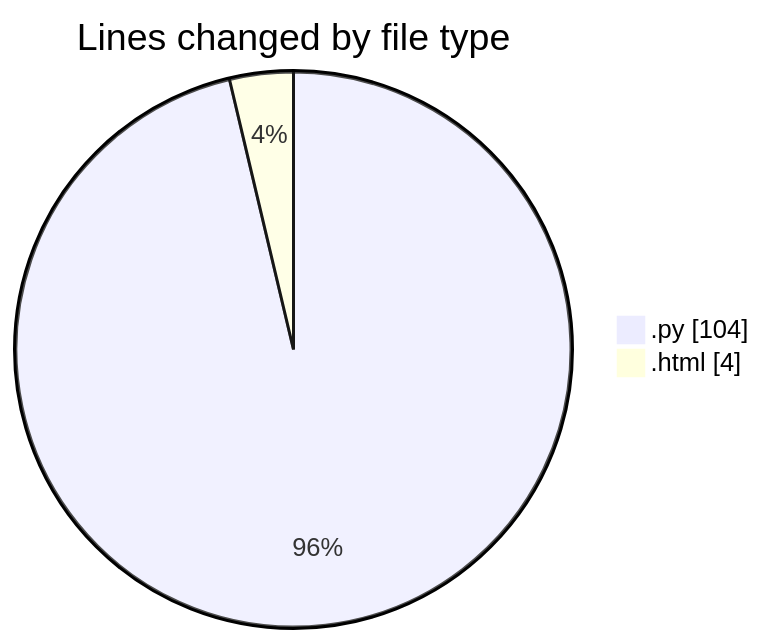
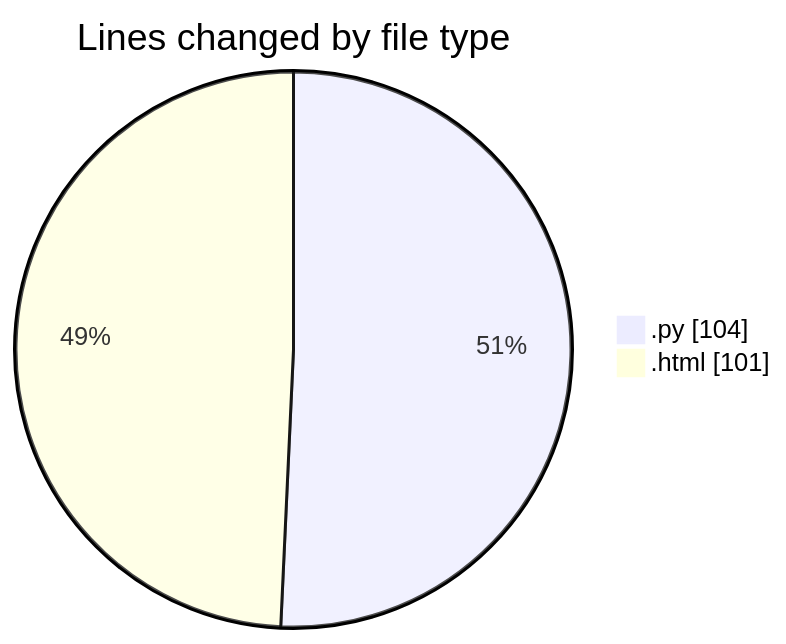
Before and after one commit to Elitesun/code-tracking: the first of 2 diagrams in 2025-01-31/flask/README.md, drawn with Mermaid. The commit also changed other lines of this file and 1 other file, not shown here.

````diff
--- a/2025-01-31/flask/README.md
+++ b/2025-01-31/flask/README.md
@@ -24,6 +24,6 @@
 ```mermaid
 pie showData
 title Lines changed by file type
 ".py" : 104
-".html" : 4
+".html" : 101
 ```
````
